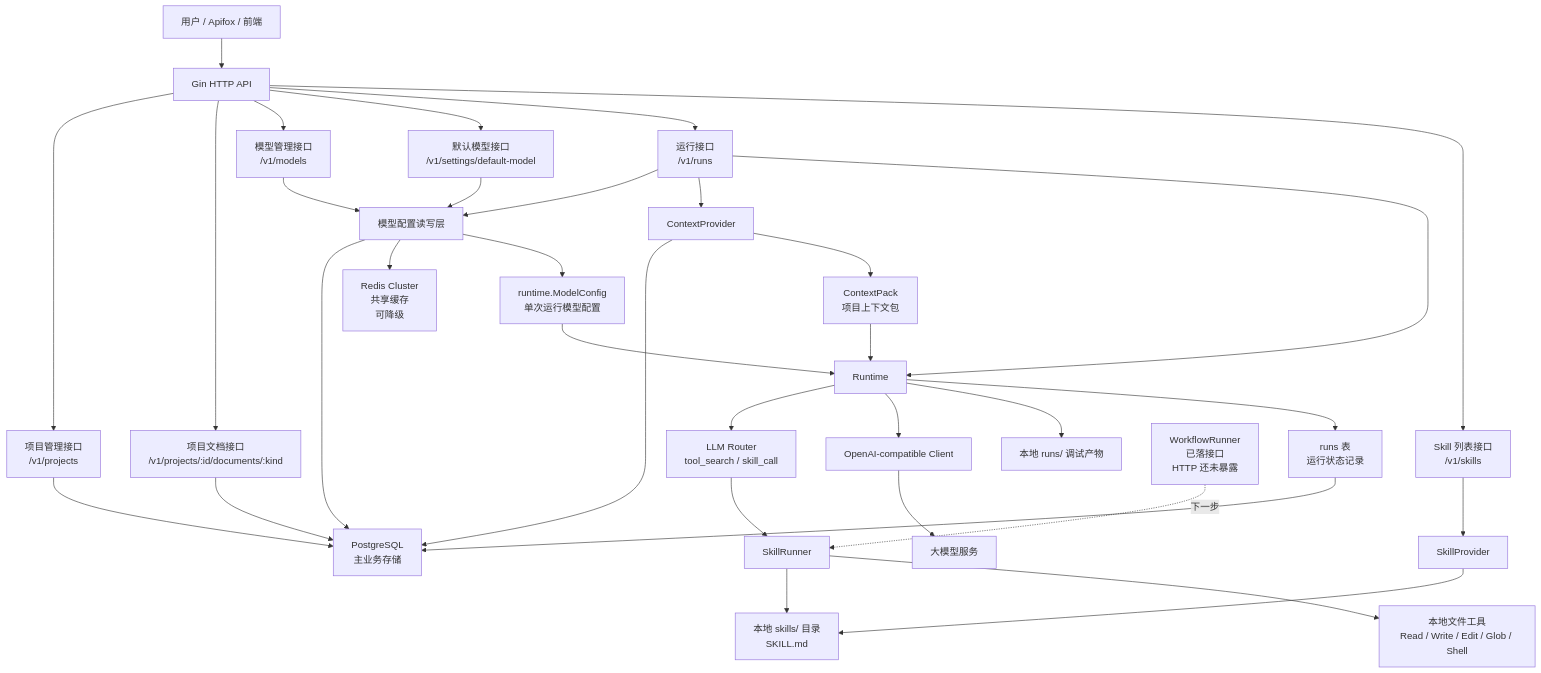
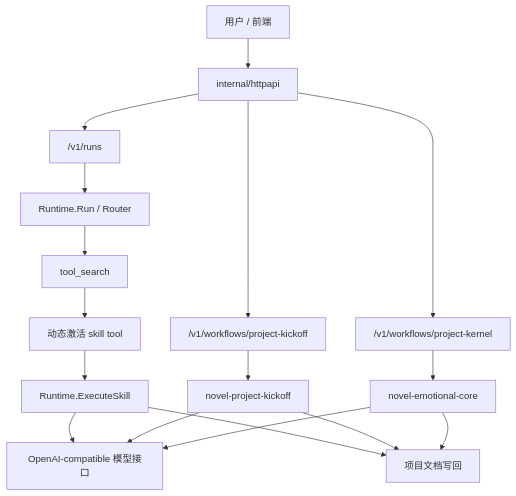
Before and after one commit to actionlab-ai/labs-agent_runtime: the diagram in backend/docs/BUSINESS_ARCHITECTURE.md, drawn with Mermaid. The commit also changed other lines of this file and 39 other files, not shown here.

````diff
--- a/backend/docs/BUSINESS_ARCHITECTURE.md
+++ b/backend/docs/BUSINESS_ARCHITECTURE.md
@@ -5,46 +12,24 @@
 ```mermaid
-flowchart TB
-    User["用户 / Apifox / 前端"] --> API["Gin HTTP API"]
+flowchart TD
+    User["用户 / 前端"] --> API["internal/httpapi"]
 
-    API --> ProjectAPI["项目管理接口<br/>/v1/projects"]
-    API --> DocAPI["项目文档接口<br/>/v1/projects/:id/documents/:kind"]
-    API --> ModelAPI["模型管理接口<br/>/v1/models"]
-    API --> SettingAPI["默认模型接口<br/>/v1/settings/default-model"]
-    API --> RunAPI["运行接口<br/>/v1/runs"]
-    API --> SkillAPI["Skill 列表接口<br/>/v1/skills"]
+    API --> Runs["/v1/runs"]
+    API --> Kickoff["/v1/workflows/project-kickoff"]
+    API --> Kernel["/v1/workflows/project-kernel"]
 
-    ProjectAPI --> PG["PostgreSQL<br/>主业务存储"]
-    DocAPI --> PG
-    ModelAPI --> ConfigStore["模型配置读写层"]
-    SettingAPI --> ConfigStore
+    Runs --> Router["Runtime.Run / Router"]
+    Router --> Search["tool_search"]
+    Search --> Activated["动态激活 skill tool"]
+    Activated --> SkillExec["Runtime.ExecuteSkill"]
 
-    ConfigStore --> PG
-    ConfigStore --> Redis["Redis Cluster<br/>共享缓存<br/>可降级"]
+    Kickoff --> KickoffSkill["novel-project-kickoff"]
+    Kernel --> KernelSkill["novel-emotional-core"]
 
-    SkillAPI --> SkillProvider["SkillProvider"]
-    SkillProvider --> LocalSkills["本地 skills/ 目录<br/>SKILL.md"]
+    SkillExec --> Model["OpenAI-compatible 模型接口"]
+    KickoffSkill --> Model
+    KernelSkill --> Model
 
-    RunAPI --> ConfigStore
-    RunAPI --> ContextProvider["ContextProvider"]
-    ContextProvider --> PG
-    ContextProvider --> ContextPack["ContextPack<br/>项目上下文包"]
-
-    RunAPI --> Runtime["Runtime"]
-    ContextPack --> Runtime
-    ConfigStore --> RuntimeModel["runtime.ModelConfig<br/>单次运行模型配置"]
-    RuntimeModel --> Runtime
-
-    Runtime --> Router["LLM Router<br/>tool_search / skill_call"]
-    Router --> SkillRunner["SkillRunner"]
-    SkillRunner --> LocalSkills
-    SkillRunner --> FileTools["本地文件工具<br/>Read / Write / Edit / Glob / Shell"]
-
-    Runtime --> ModelClient["OpenAI-compatible Client"]
-    ModelClient --> LLM["大模型服务"]
-
-    Runtime --> RunStore["本地 runs/ 调试产物"]
-    Runtime --> RunRecord["runs 表<br/>运行状态记录"]
-    RunRecord --> PG
-
-    WorkflowRunner["WorkflowRunner<br/>已落接口<br/>HTTP 还未暴露"] -.下一步.-> SkillRunner
+    SkillExec --> Docs["项目文档写回"]
+    KickoffSkill --> Docs
+    KernelSkill --> Docs
 ```
````
